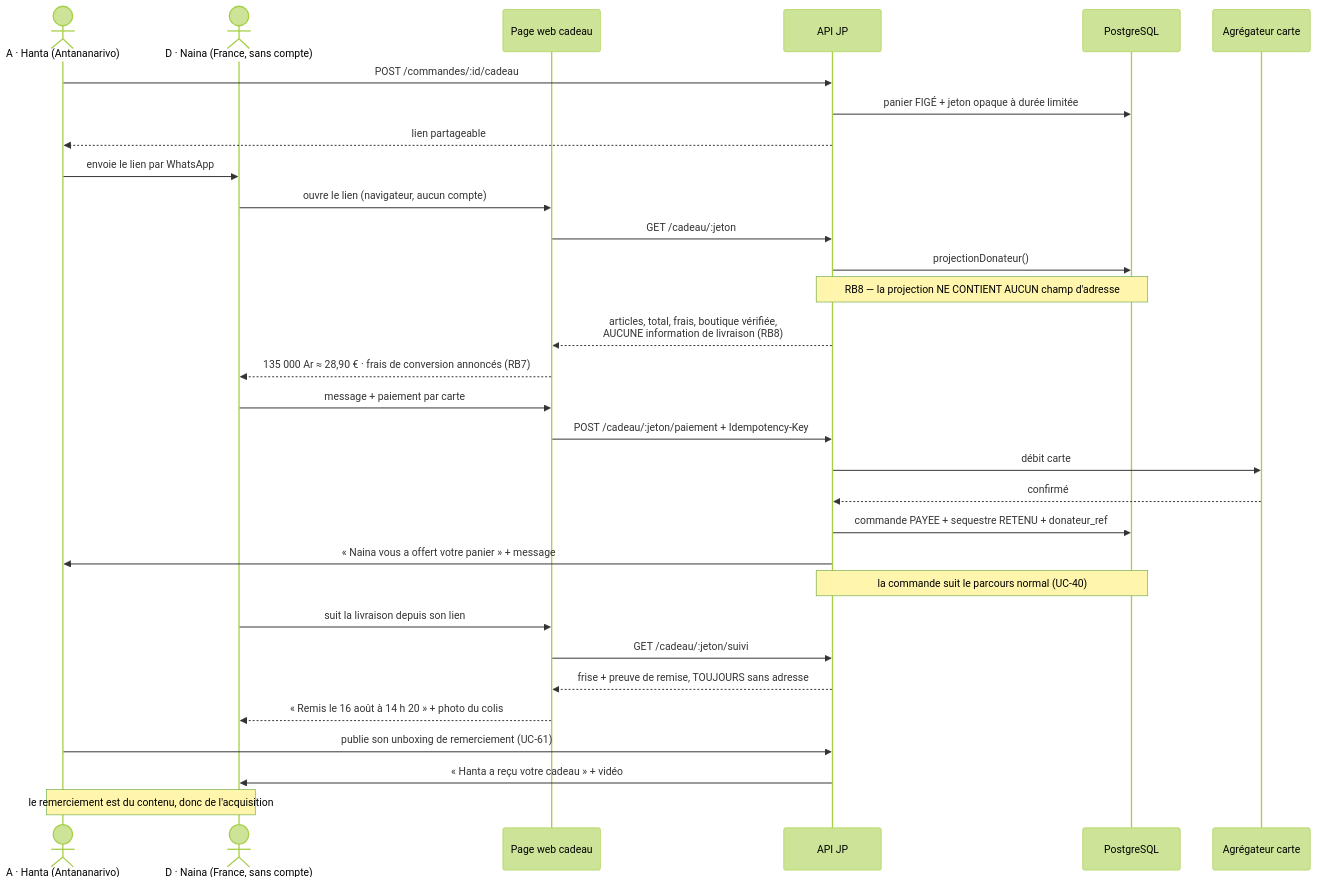
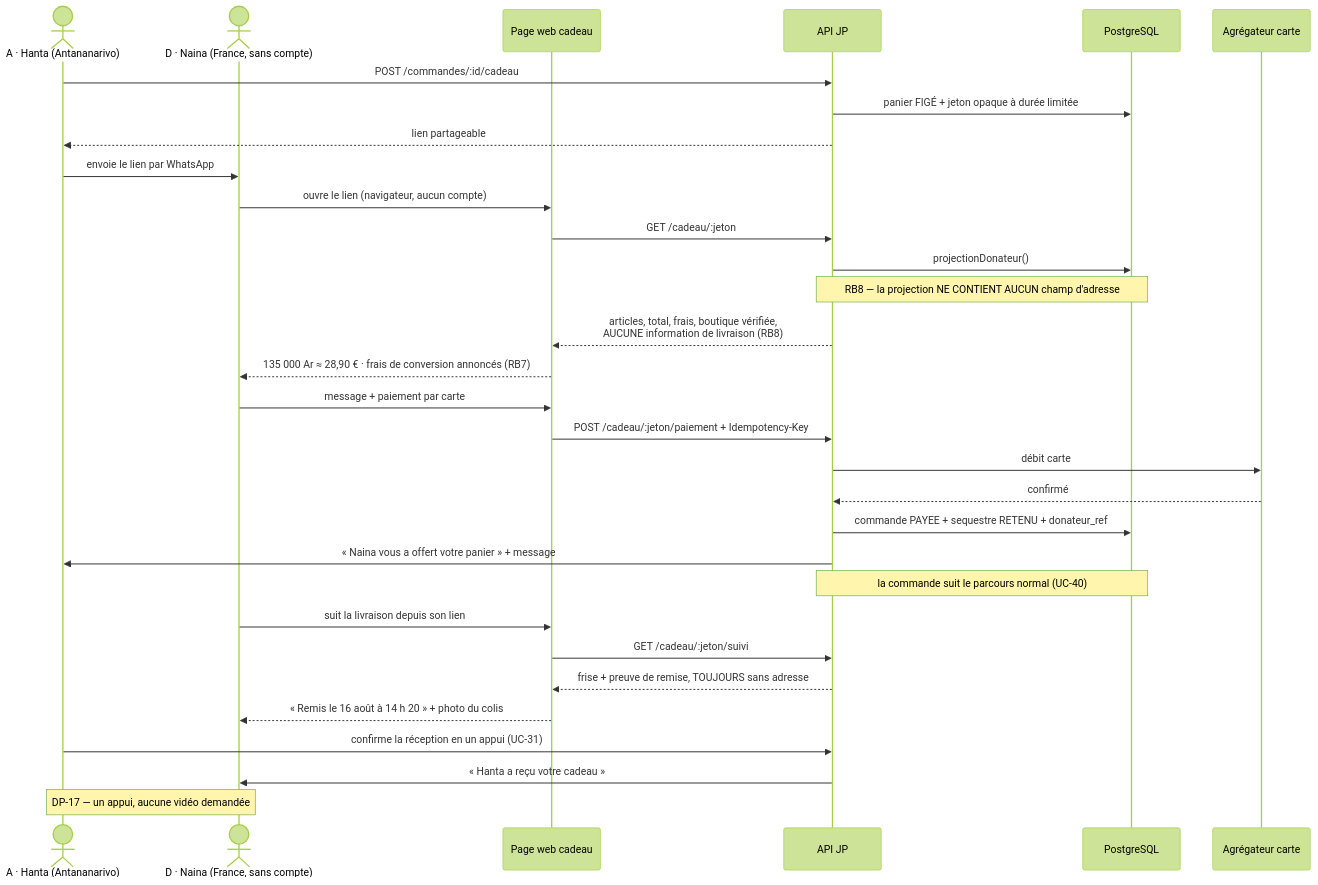
One commit to andokevin/jp changed diagram 24 of 25 in docs/JP_CAS_UTILISATION.md. Above: the diagram before and after it, drawn with Mermaid (forest theme). The commit also changed other lines of this file and 32 other files, not shown here.

````diff
--- a/docs/JP_CAS_UTILISATION.md
+++ b/docs/JP_CAS_UTILISATION.md
@@ -1856,39 +1783,39 @@
 ```mermaid
 sequenceDiagram
     actor A as A · Hanta (Antananarivo)
     actor D as D · Naina (France, sans compte)
     participant WEB as Page web cadeau
     participant API as API JP
     participant DB as PostgreSQL
     participant PSP as Agrégateur carte
 
     A->>API: POST /commandes/:id/cadeau
     API->>DB: panier FIGÉ + jeton opaque à durée limitée
     API-->>A: lien partageable
     A->>D: envoie le lien par WhatsApp
 
     D->>WEB: ouvre le lien (navigateur, aucun compte)
     WEB->>API: GET /cadeau/:jeton
     API->>DB: projectionDonateur()
     Note over API,DB: RB8 — la projection NE CONTIENT AUCUN champ d'adresse
     API-->>WEB: articles, total, frais, boutique vérifiée,<br/>AUCUNE information de livraison (RB8)
     WEB-->>D: 135 000 Ar ≈ 28,90 € · frais de conversion annoncés (RB7)
 
     D->>WEB: message + paiement par carte
     WEB->>API: POST /cadeau/:jeton/paiement + Idempotency-Key
     API->>PSP: débit carte
     PSP-->>API: confirmé
     API->>DB: commande PAYEE + sequestre RETENU + donateur_ref
     API->>A: « Naina vous a offert votre panier » + message
 
     Note over API,DB: la commande suit le parcours normal (UC-40)
 
     D->>WEB: suit la livraison depuis son lien
     WEB->>API: GET /cadeau/:jeton/suivi
     API-->>WEB: frise + preuve de remise, TOUJOURS sans adresse
     WEB-->>D: « Remis le 16 août à 14 h 20 » + photo du colis
 
-    A->>API: publie son unboxing de remerciement (UC-61)
-    API->>D: « Hanta a reçu votre cadeau » + vidéo
-    Note over A,D: le remerciement est du contenu, donc de l'acquisition
+    A->>API: confirme la réception en un appui (UC-31)
+    API->>D: « Hanta a reçu votre cadeau »
+    Note over A,D: DP-17 — un appui, aucune vidéo demandée
 ```
````
